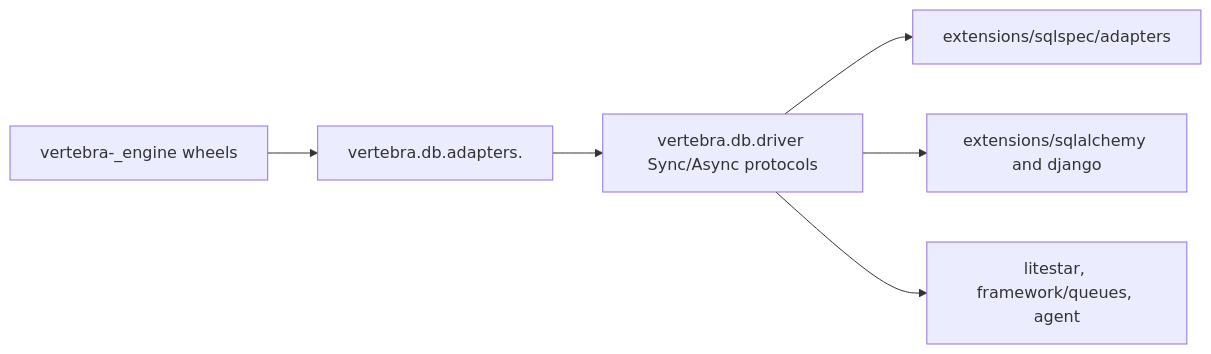
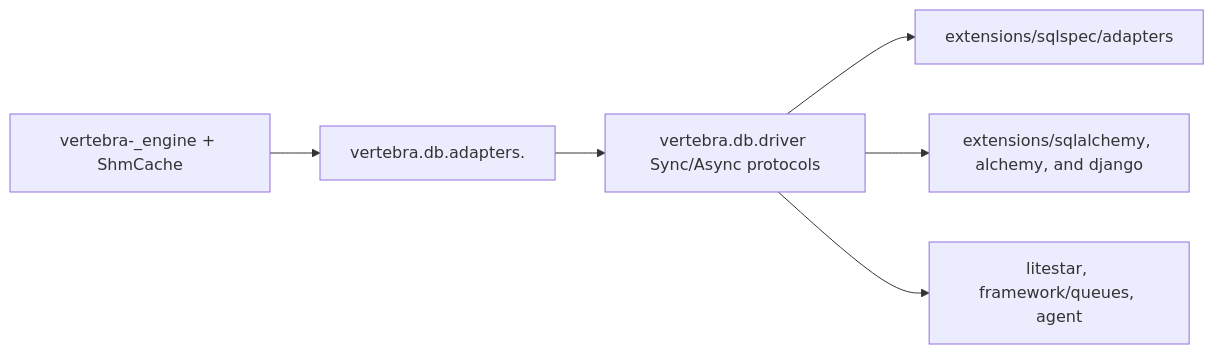
One commit to cofin/vertebra changed the diagram in .agents/bundles/specs/integration-remediation/spec.md. Above: the diagram before and after it, drawn with Mermaid. The commit also changed other lines of this file and 155 other files, not shown here.

````diff
--- a/.agents/bundles/specs/integration-remediation/spec.md
+++ b/.agents/bundles/specs/integration-remediation/spec.md
@@ -93,8 +99,8 @@
 ```mermaid
 flowchart LR
-    Rust["vertebra-_engine wheels"] --> Adapters["vertebra.db.adapters.<engine>"]
+    Rust["vertebra-_engine + ShmCache"] --> Adapters["vertebra.db.adapters.<engine>"]
     Adapters --> Contracts["vertebra.db.driver Sync/Async protocols"]
     Contracts --> SQLSpec["extensions/sqlspec/adapters"]
-    Contracts --> Alchemy["extensions/sqlalchemy and django"]
+    Contracts --> Alchemy["extensions/sqlalchemy, alchemy, and django"]
     Contracts --> Fw["litestar, framework/queues, agent"]
 ```
````
